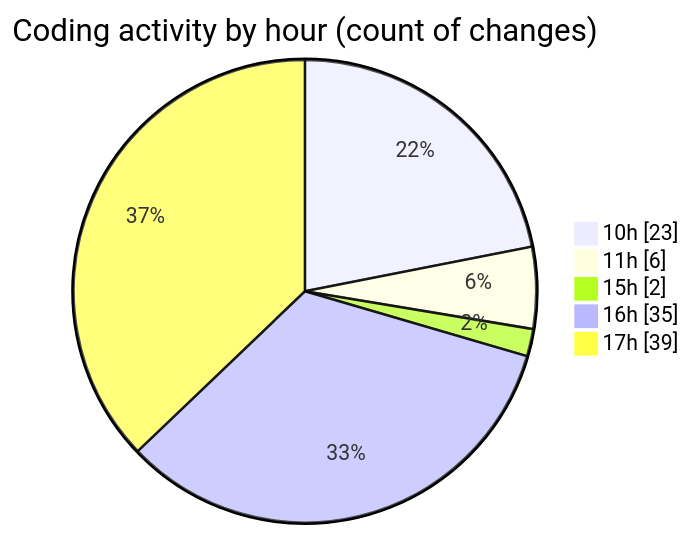
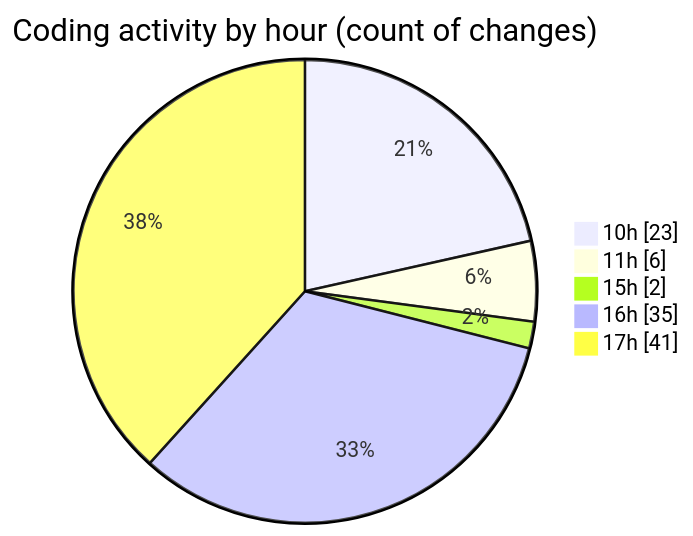
One commit to nxtqubesakshisongat/code-tracking changed the second of 2 diagrams in 2026-05-04/nxtqube_webapp/README.md. Above: the diagram before and after it, drawn with Mermaid. The commit also changed other lines of this file and 1 other file, not shown here.

````diff
--- a/2026-05-04/nxtqube_webapp/README.md
+++ b/2026-05-04/nxtqube_webapp/README.md
@@ -38,9 +38,9 @@
 ```mermaid
 pie showData
 title Coding activity by hour (count of changes)
 "10h" : 23
 "11h" : 6
 "15h" : 2
 "16h" : 35
-"17h" : 39
+"17h" : 41
 ```
````
